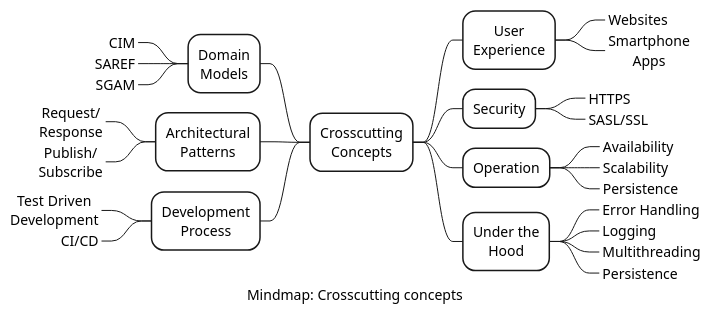
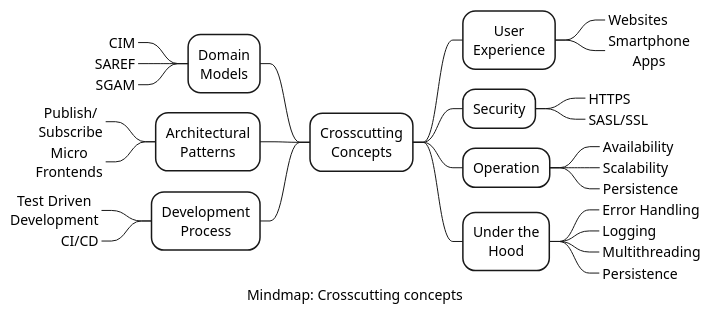
Before and after one commit to eddie-energy/architecture: the diagram in arc42/08-crosscut-concepts/figures/crosscutting-concepts.puml, drawn with PlantUML. The commit also changed 4 other files, not shown here.

Commit message:
Add micro frontends description

```diff
--- a/arc42/08-crosscut-concepts/figures/crosscutting-concepts.puml
+++ b/arc42/08-crosscut-concepts/figures/crosscutting-concepts.puml
@@ -1,44 +1,44 @@
 @startmindmap crosscutting-concepts
 'mindpam diagram
 caption Mindmap: Crosscutting concepts
 
 <style>
 mindmapDiagram {
   node {
     BackgroundColor transparemt
     HorizontalAlignment center
   }
 }
 </style>
 
 * Crosscutting\nConcepts
 
 -- Domain\nModels
 ---_ CIM
 ---_ SAREF
 ---_ SGAM
 -- Architectural\nPatterns
----_ Request/\nResponse
 ---_ Publish/\nSubscribe
+---_ Micro\nFrontends
 -- Development\nProcess
 ---_ Test Driven\nDevelopment
 ---_ CI/CD
 
 ++ User\nExperience
 +++_ Websites
 +++_ Smartphone\nApps
 ++ Security
 +++_ HTTPS
 +++_ SASL/SSL
 ++ Operation
 +++_ Availability
 +++_ Scalability
 +++_ Persistence
 ++ Under the\nHood
 +++_ Error Handling
 +++_ Logging
 +++_ Multithreading
 +++_ Persistence 
 
 
 @endmindmap
```
